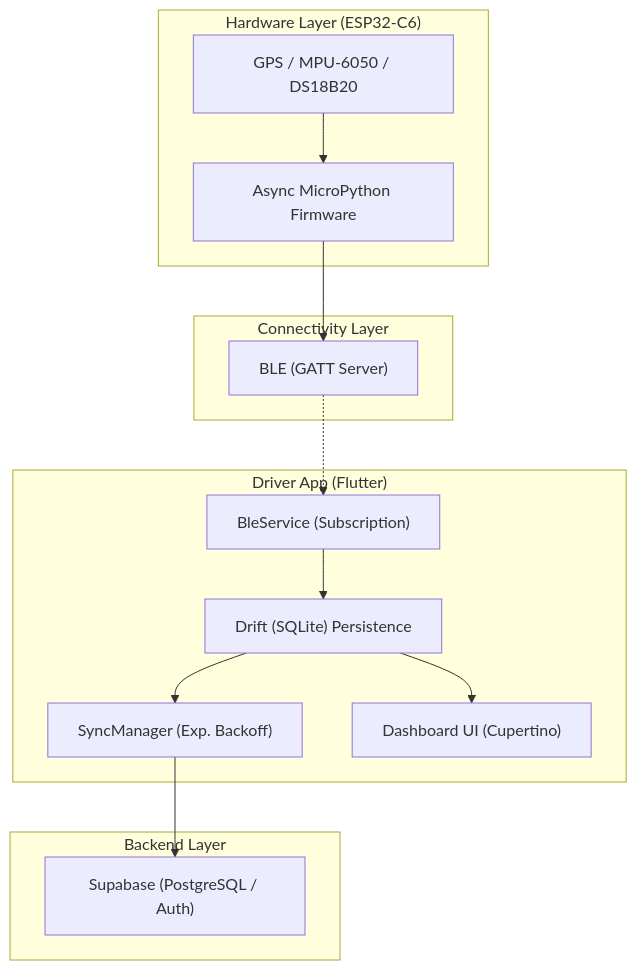
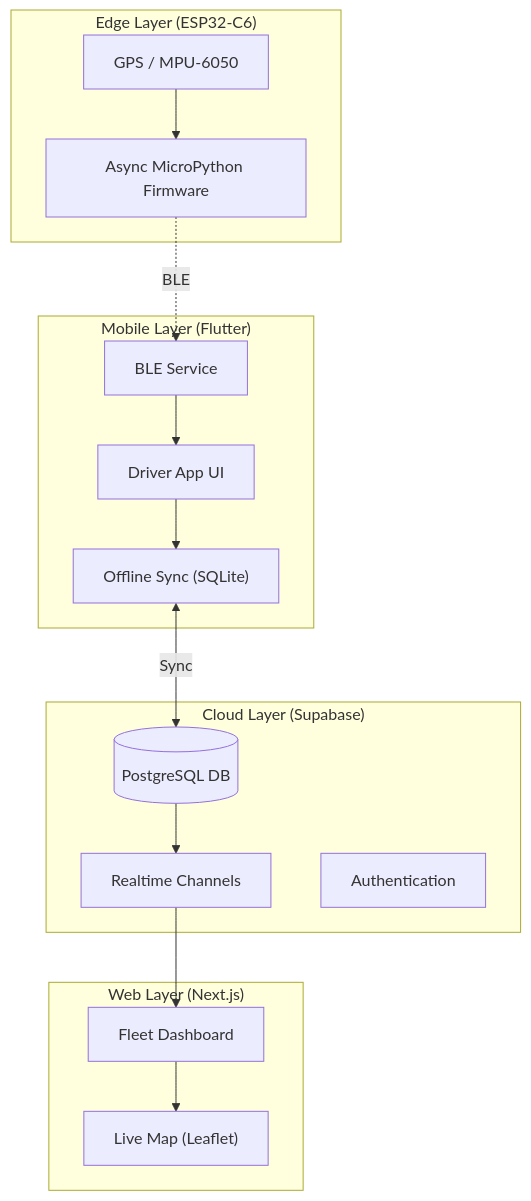
The diagram in README.md (Maninder-mike/last_mile_tracker), drawn with Mermaid before and after one commit. The commit also changed other lines of this file and 104 other files, not shown here.

Commit message:
feat: Remove old `driver` app files and update `mobile` app build artifacts and iOS project configurations.

````diff
--- a/README.md
+++ b/README.md
@@ -16,30 +19,35 @@
 ```mermaid
 graph TD
-    subgraph Hardware ["Hardware Layer (ESP32-C6)"]
-        Sensors["GPS / MPU-6050 / DS18B20"]
+    subgraph Edge ["Edge Layer (ESP32-C6)"]
+        Sensors["GPS / MPU-6050"]
         Firmware["Async MicroPython Firmware"]
         Sensors --> Firmware
     end
 
-    subgraph Connectivity ["Connectivity Layer"]
-        BLE["BLE (GATT Server)"]
-        Firmware --> BLE
+    subgraph Mobile ["Mobile Layer (Flutter)"]
+        BleService["BLE Service"]
+        Drift["Offline Sync (SQLite)"]
+        DriverApp["Driver App UI"]
+        
+        Firmware -.->|BLE| BleService
+        BleService --> DriverApp
+        DriverApp --> Drift
     end
 
-    subgraph App ["Driver App (Flutter)"]
-        BleService["BleService (Subscription)"]
-        Drift["Drift (SQLite) Persistence"]
-        SyncManager["SyncManager (Exp. Backoff)"]
-        Dashboard["Dashboard UI (Cupertino)"]
-
-        BLE -.-> BleService
-        BleService --> Drift
-        Drift --> SyncManager
-        Drift --> Dashboard
+    subgraph Cloud ["Cloud Layer (Supabase)"]
+        DB[(PostgreSQL DB)]
+        Realtime["Realtime Channels"]
+        Auth["Authentication"]
+        
+        Drift <-->|Sync| DB
+        DB --> Realtime
     end
 
-    subgraph Backend ["Backend Layer"]
-        Supabase["Supabase (PostgreSQL / Auth)"]
-        SyncManager --> Supabase
+    subgraph Web ["Web Layer (Next.js)"]
+        Dashboard["Fleet Dashboard"]
+        Map["Live Map (Leaflet)"]
+        
+        Realtime --> Dashboard
+        Dashboard --> Map
     end
 ```
````
